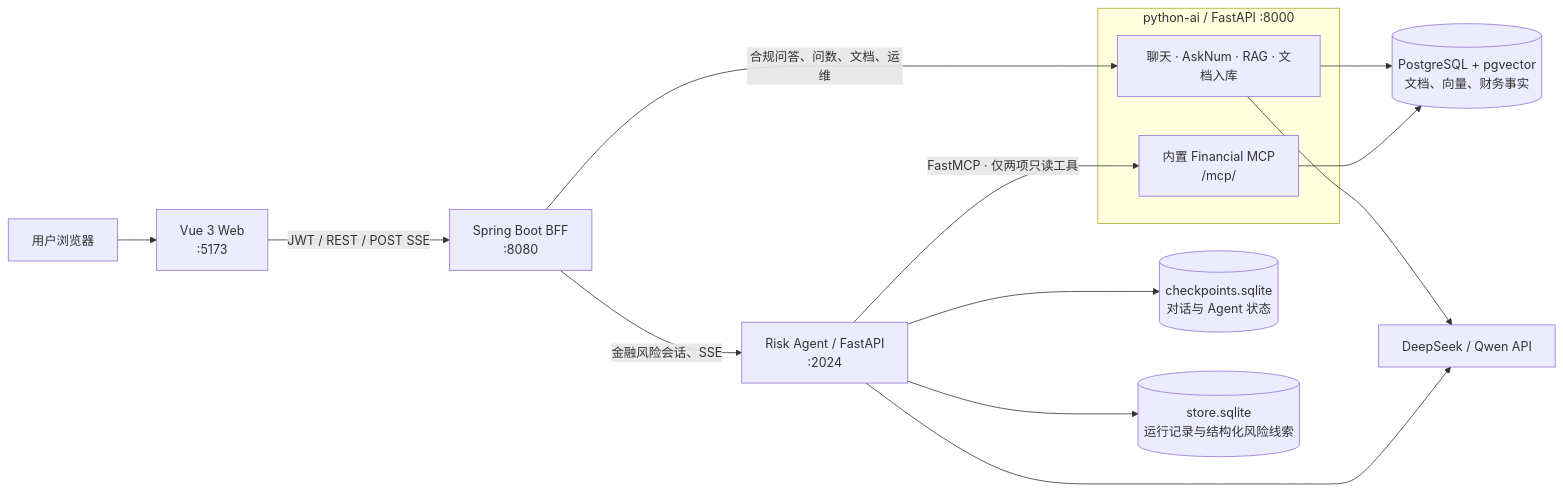
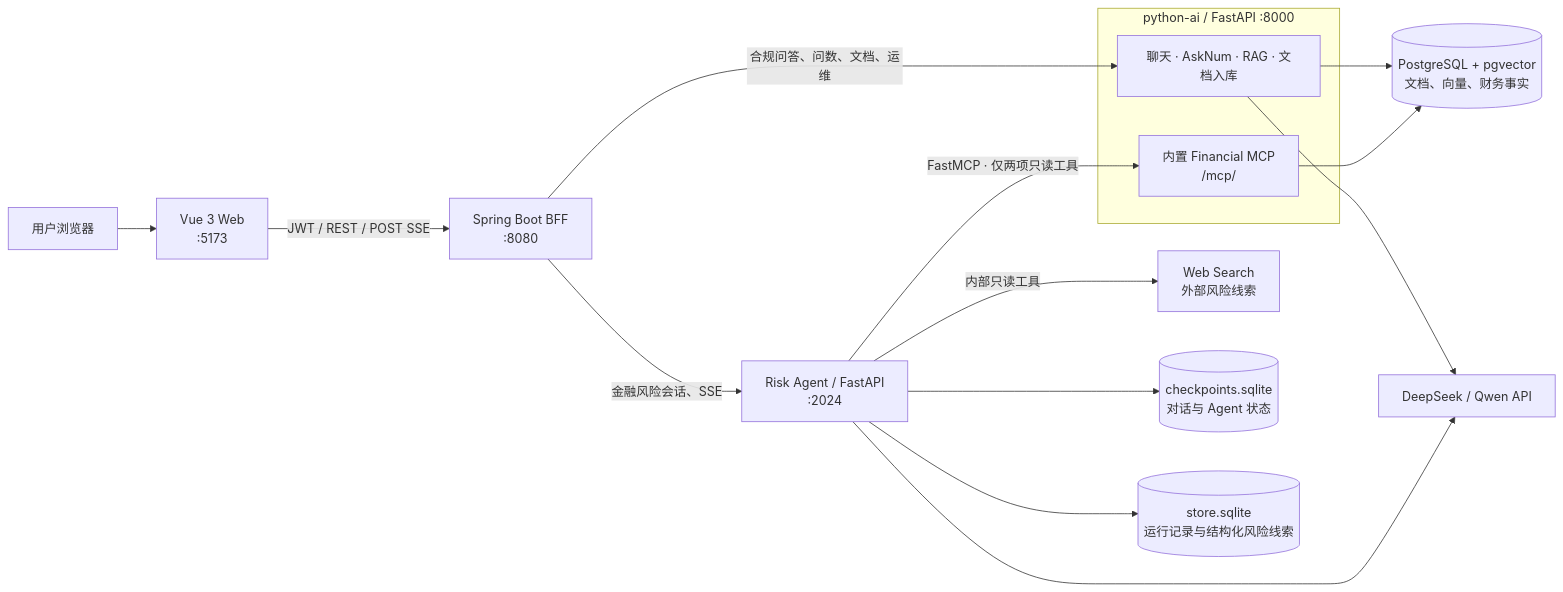
The diagram in README.md (WWBQ/regops_copilot), drawn with Mermaid before and after one commit. The commit also changed other lines of this file and 28 other files, not shown here.

First line of the commit message:
feat: add domain-limited external risk search for the financial agent

````diff
--- a/README.md
+++ b/README.md
@@ -25,21 +25,22 @@
 ```mermaid
 flowchart LR
     U[用户浏览器] --> WEB[Vue 3 Web<br/>:5173]
     WEB -->|JWT / REST / POST SSE| JAVA[Spring Boot BFF<br/>:8080]
 
     subgraph PYAI[python-ai / FastAPI :8000]
         PY[聊天 · AskNum · RAG · 文档入库]
         MCP[内置 Financial MCP<br/>/mcp/]
     end
 
     JAVA -->|合规问答、问数、文档、运维| PY
     JAVA -->|金融风险会话、SSE| AGENT[Risk Agent / FastAPI<br/>:2024]
     AGENT -->|FastMCP · 仅两项只读工具| MCP
+    AGENT -->|内部只读工具| SEARCH[Web Search<br/>外部风险线索]
 
     PY --> PG[(PostgreSQL + pgvector<br/>文档、向量、财务事实)]
     MCP --> PG
     AGENT --> CP[(checkpoints.sqlite<br/>对话与 Agent 状态)]
     AGENT --> BS[(store.sqlite<br/>运行记录与结构化风险线索)]
     PY --> LLM[DeepSeek / Qwen API]
     AGENT --> LLM
 ```
````
